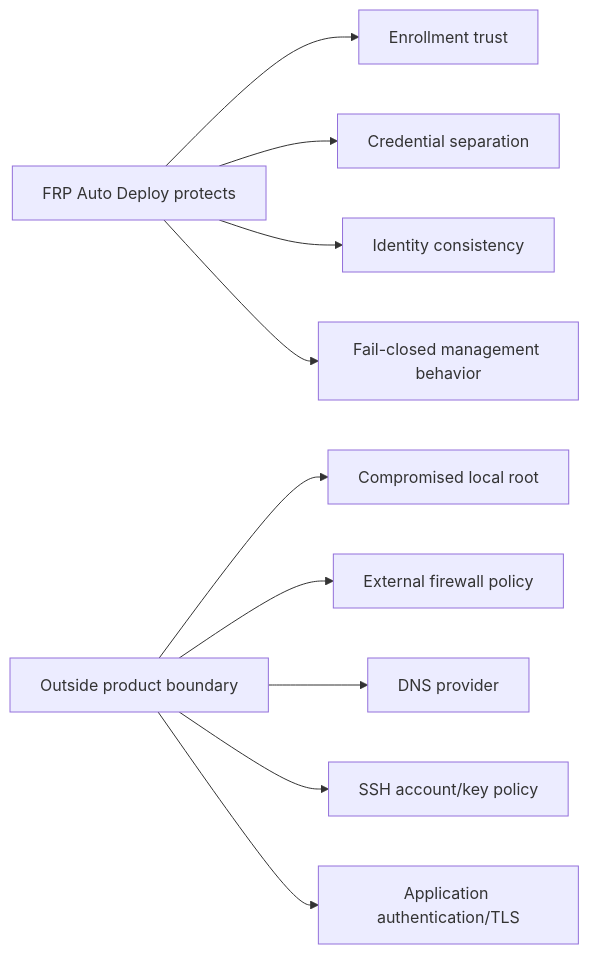
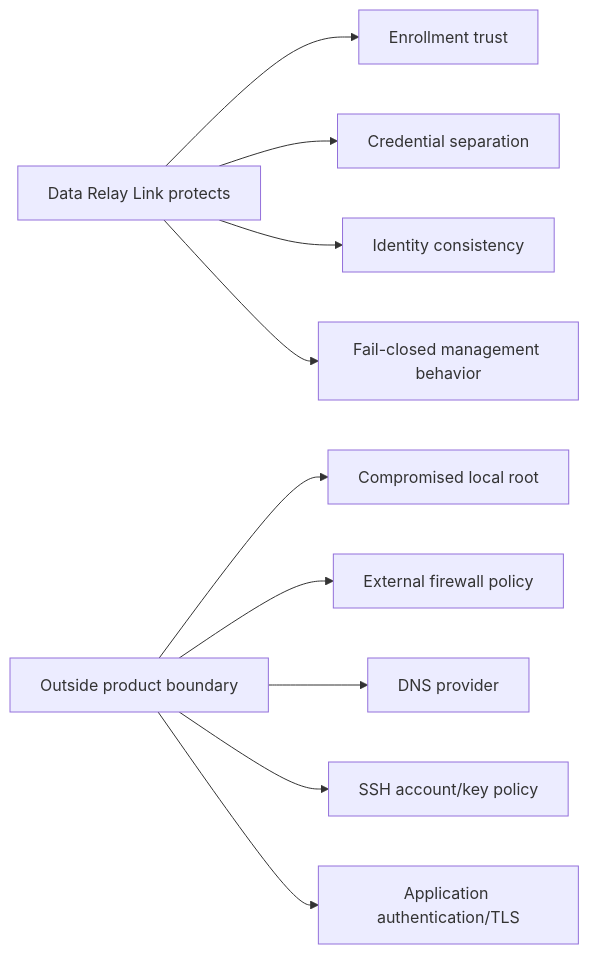
Before and after one commit to datarelay-labs/data-relay-link-docs: the third of 3 diagrams in security/overview.mdx, drawn with Mermaid. The commit also changed other lines of this file and 36 other files, not shown here.

````diff
--- a/security/overview.mdx
+++ b/security/overview.mdx
@@ -89,13 +89,13 @@
 ```mermaid
 flowchart LR
-    P[FRP Auto Deploy protects] --> A[Enrollment trust]
+    P[Data Relay Link protects] --> A[Enrollment trust]
     P --> B[Credential separation]
     P --> C[Identity consistency]
     P --> D[Fail-closed management behavior]
 
     O[Outside product boundary] --> E[Compromised local root]
     O --> F[External firewall policy]
     O --> G[DNS provider]
     O --> H[SSH account/key policy]
     O --> I[Application authentication/TLS]
 ```
````
